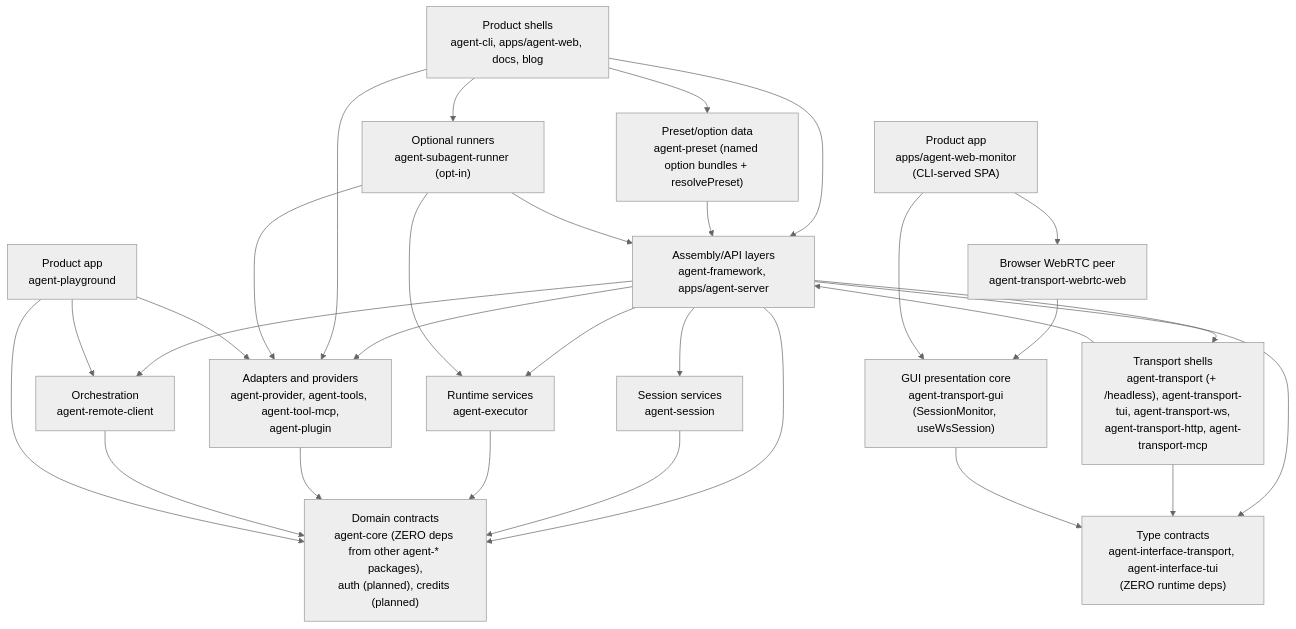
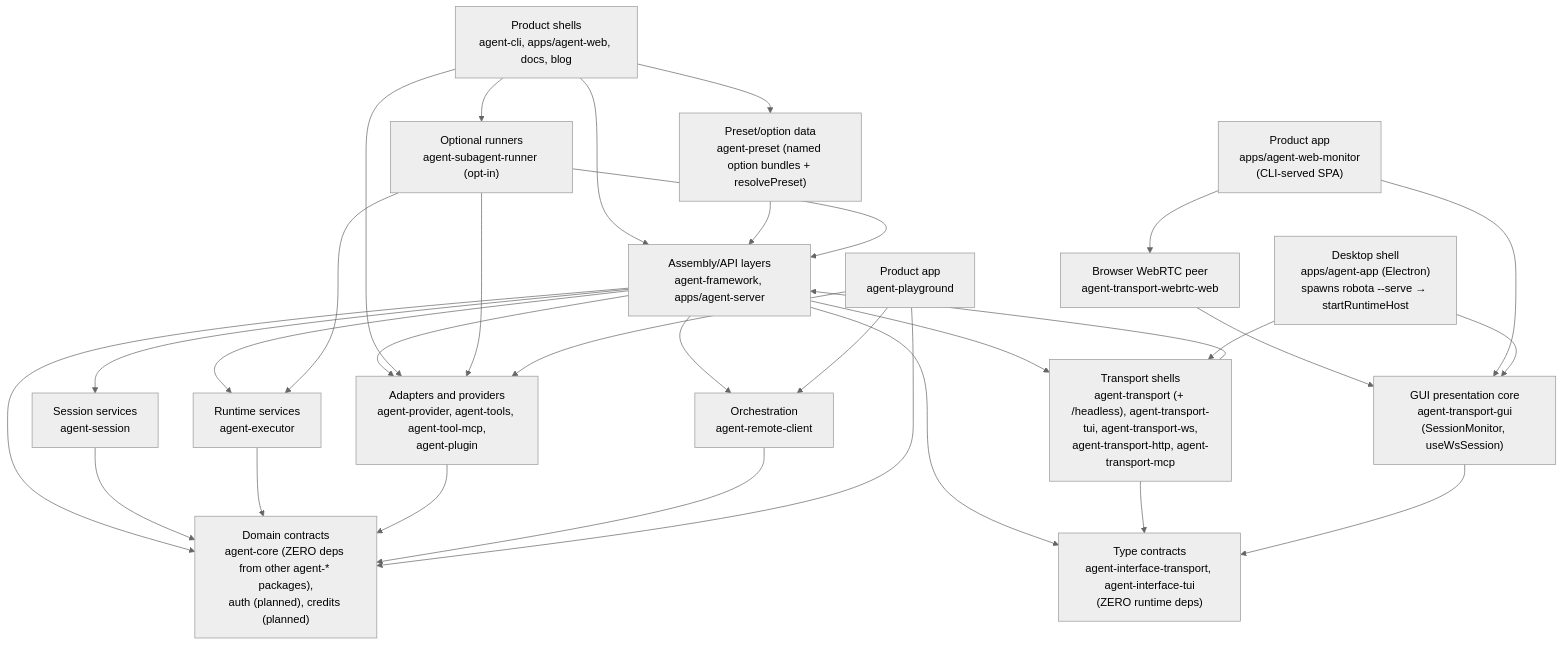
The diagram in .agents/specs/architecture-map/dependency-direction.md (woojubb/robota), drawn with Mermaid (neutral theme) before and after one commit. The commit also changed other lines of this file and 17 other files, not shown here.

````diff
--- a/.agents/specs/architecture-map/dependency-direction.md
+++ b/.agents/specs/architecture-map/dependency-direction.md
@@ -9,47 +9,50 @@
 ```mermaid
 flowchart TD
   ProductShells["Product shells\nagent-cli, apps/agent-web, docs, blog"]
   Playground["Product app\nagent-playground"]
   TransportGui["GUI presentation core\nagent-transport-gui\n(SessionMonitor, useWsSession)"]
   WebRtcWeb["Browser WebRTC peer\nagent-transport-webrtc-web"]
   WebMonitor["Product app\napps/agent-web-monitor\n(CLI-served SPA)"]
+  DesktopApp["Desktop shell\napps/agent-app (Electron)\nspawns robota --serve → startRuntimeHost"]
   Assembly["Assembly/API layers\nagent-framework, apps/agent-server"]
   Preset["Preset/option data\nagent-preset (named option bundles + resolvePreset)"]
   TransportShells["Transport shells\nagent-transport (+ /headless), agent-transport-tui, agent-transport-ws,\nagent-transport-http, agent-transport-mcp"]
   TypeContracts["Type contracts\nagent-interface-transport, agent-interface-tui\n(ZERO runtime deps)"]
   Orchestration["Orchestration\nagent-remote-client"]
   Sessions["Session services\nagent-session"]
   Executor["Runtime services\nagent-executor"]
   Domain["Domain contracts\nagent-core (ZERO deps from other agent-* packages),\nauth (planned), credits (planned)"]
   Adapters["Adapters and providers\nagent-provider, agent-tools, agent-tool-mcp,\nagent-plugin"]
   OptIn["Optional runners\nagent-subagent-runner (opt-in)"]
 
   ProductShells --> Assembly
   Preset --> Assembly
   ProductShells --> Preset
   Assembly --> Sessions
   Assembly --> Executor
   Assembly --> Domain
   Assembly --> TypeContracts
   Sessions --> Domain
   Executor --> Domain
   Assembly --> Adapters
   ProductShells --> Adapters
   ProductShells --> OptIn
   Adapters --> Domain
   TransportShells --> Assembly
   TransportShells --> TypeContracts
   Assembly --> TransportShells
   Orchestration --> Domain
   Assembly --> Orchestration
   OptIn --> Assembly
   OptIn --> Executor
   OptIn --> Adapters
   Playground --> Domain
   Playground --> Adapters
   Playground --> Orchestration
   TransportGui --> TypeContracts
   WebRtcWeb --> TransportGui
   WebMonitor --> TransportGui
   WebMonitor --> WebRtcWeb
+  DesktopApp --> TransportGui
+  DesktopApp --> TransportShells
 ```
````
